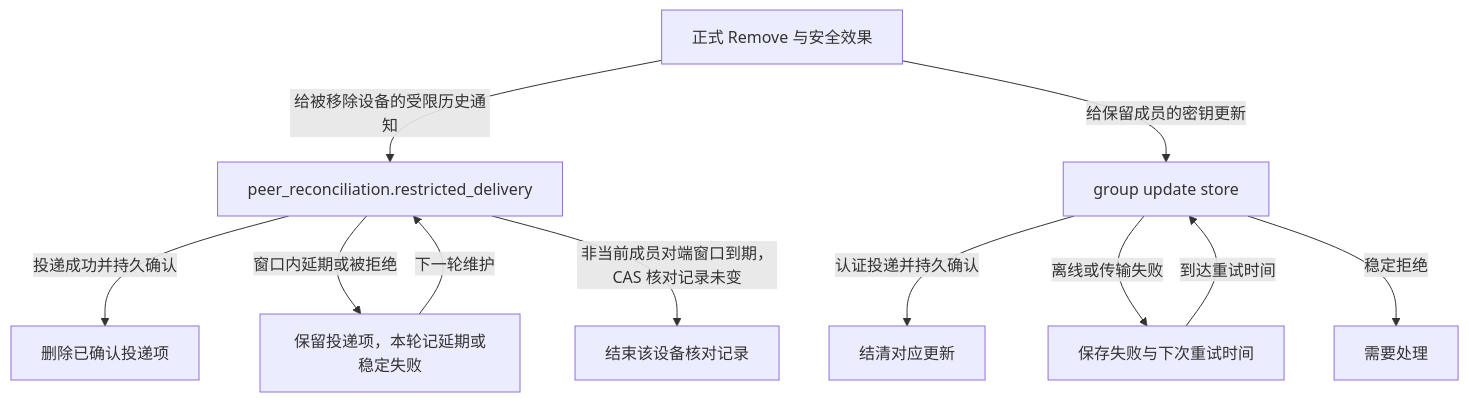
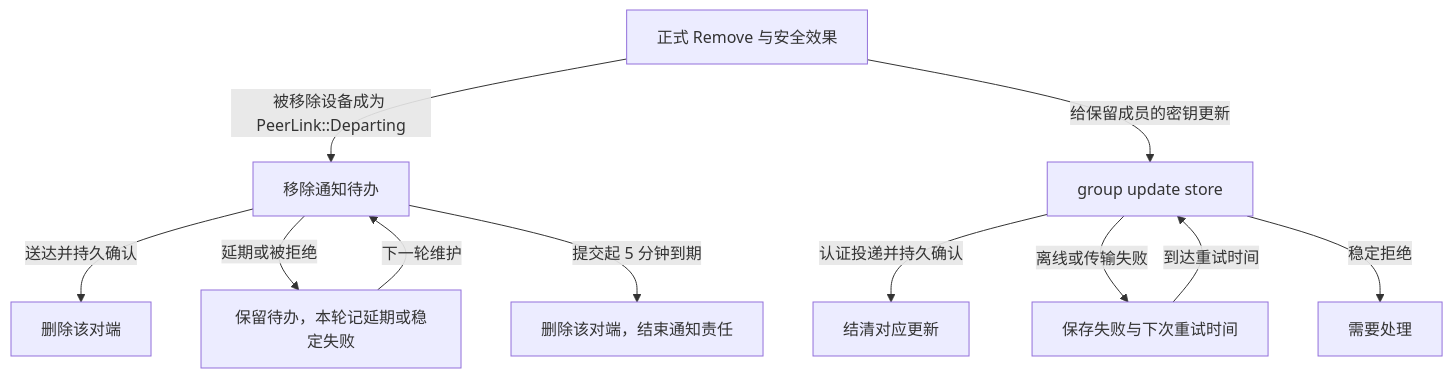
One commit to UniClipboard/Engine changed the ninth of 9 diagrams in docs/design-docs/pairing-lifecycle.md. Above: the diagram before and after it, drawn with Mermaid. The commit also changed other lines of this file and 13 other files, not shown here.

````diff
--- a/docs/design-docs/pairing-lifecycle.md
+++ b/docs/design-docs/pairing-lifecycle.md
@@ -173,13 +174,13 @@
 ```mermaid
 flowchart TD
-    R[正式 Remove 与安全效果] -->|给被移除设备的受限历史通知| N[peer_reconciliation.restricted_delivery]
+    R[正式 Remove 与安全效果] -->|被移除设备成为 PeerLink::Departing| N[移除通知待办]
     R -->|给保留成员的密钥更新| K[group update store]
-    N -->|投递成功并持久确认| C[删除已确认投递项]
-    N -->|窗口内延期或被拒绝| W[保留投递项，本轮记延期或稳定失败]
+    N -->|送达并持久确认| C[删除该对端]
+    N -->|延期或被拒绝| W[保留待办，本轮记延期或稳定失败]
     W -->|下一轮维护| N
-    N -->|非当前成员对端窗口到期，CAS 核对记录未变| X[结束该设备核对记录]
+    N -->|提交起 5 分钟到期| X[删除该对端，结束通知责任]
     K -->|认证投递并持久确认| A[结清对应更新]
     K -->|离线或传输失败| B[保存失败与下次重试时间]
     B -->|到达重试时间| K
     K -->|稳定拒绝| U[需要处理]
 ```
````
